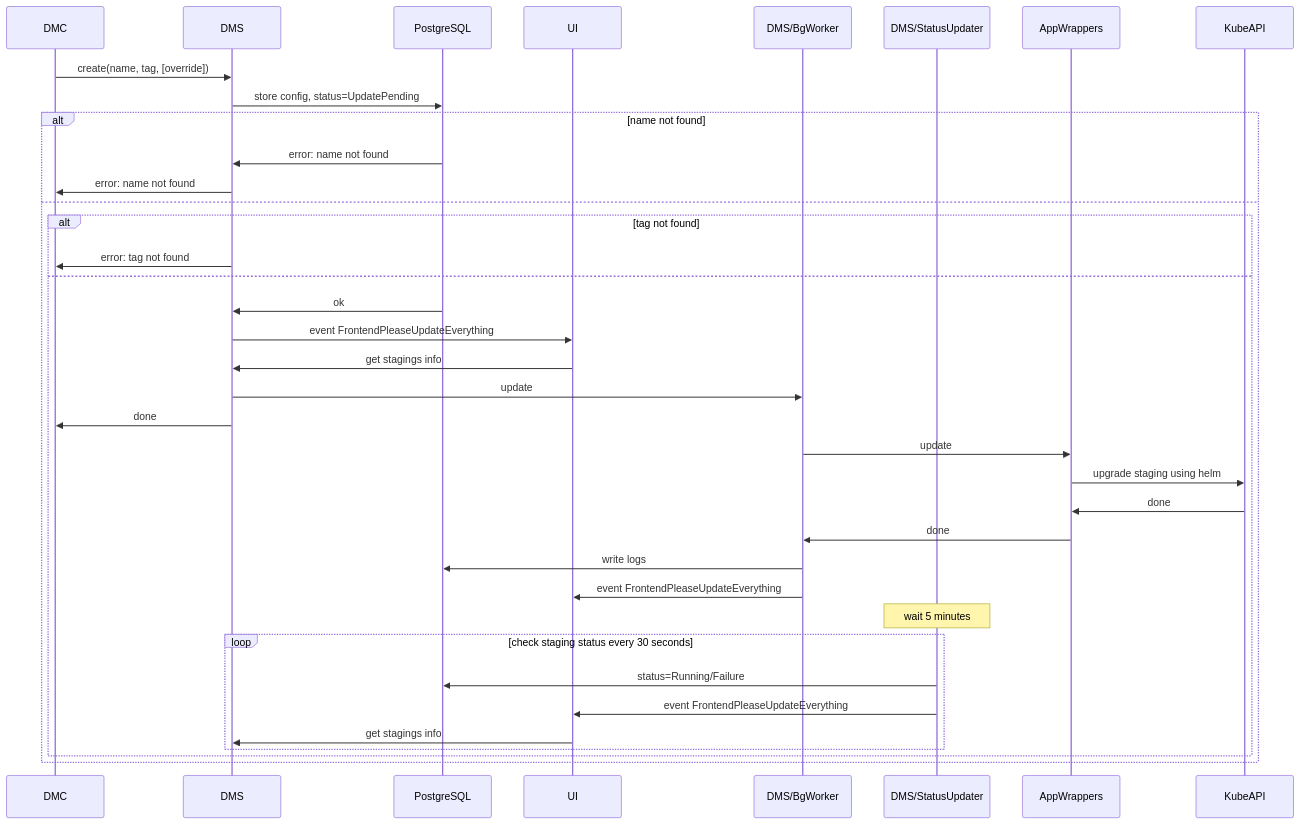
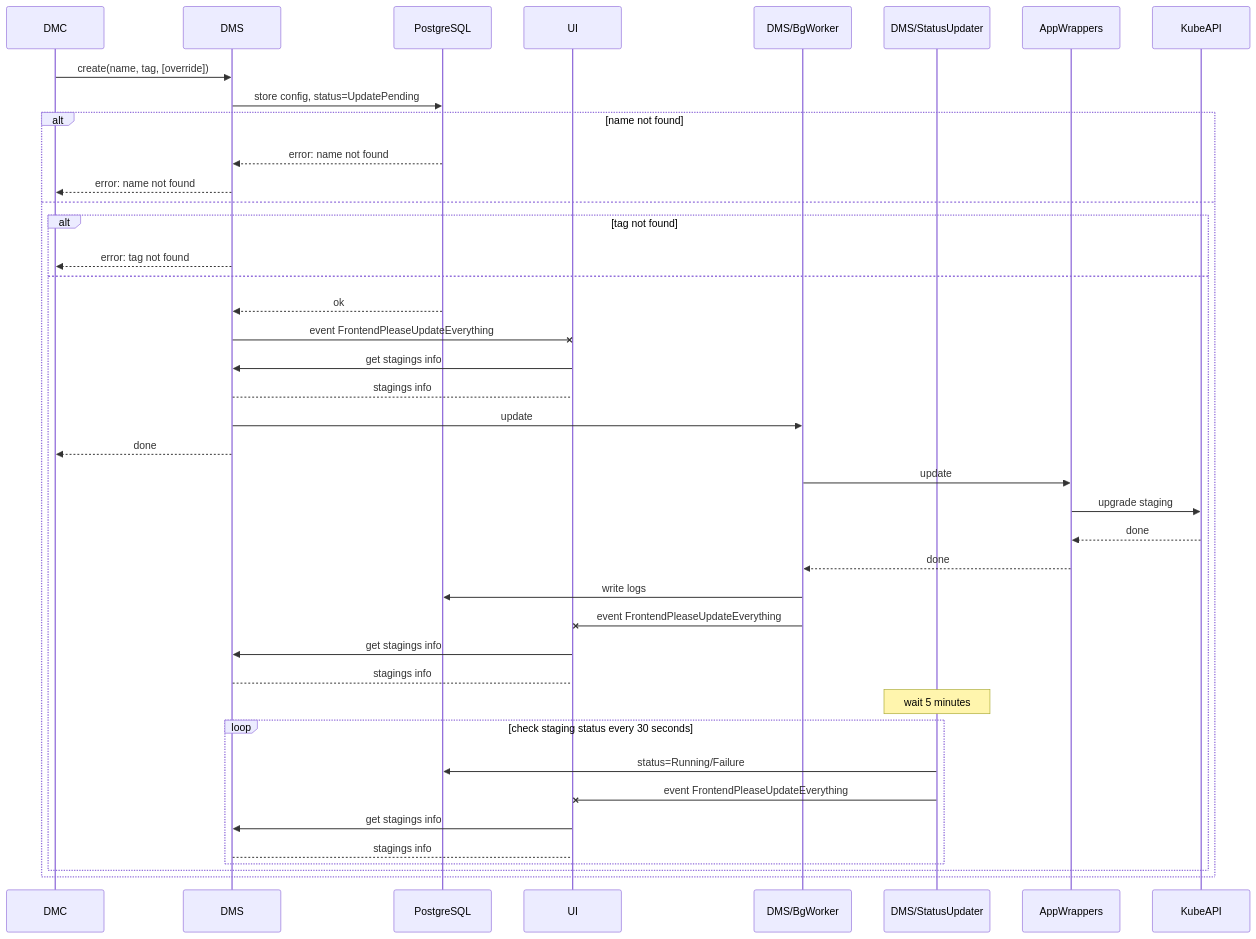
Before and after one commit to typeable/octopod: the diagram in docs/diagrams/src/technical-architecture-update-via-cli.mmd, drawn with Mermaid. The commit also changed 23 other files, not shown here.

Commit message:
add 'Files of app wrappers' section, change arrows style of sequence diagrams

```diff
--- a/docs/diagrams/src/technical-architecture-update-via-cli.mmd
+++ b/docs/diagrams/src/technical-architecture-update-via-cli.mmd
@@ -1,37 +1,41 @@
 sequenceDiagram
     participant DMC
     participant DMS
     participant PostgreSQL
     participant UI
     participant DMS/BgWorker
     participant DMS/StatusUpdater
     participant AppWrappers
     participant KubeAPI
     DMC->>DMS: create(name, tag, [override])
     DMS->>PostgreSQL: store config, status=UpdatePending
     alt name not found
-        PostgreSQL->>DMS: error: name not found
-        DMS->>DMC: error: name not found
+        PostgreSQL-->>DMS: error: name not found
+        DMS-->>DMC: error: name not found
     else
         alt tag not found
-            DMS->>DMC: error: tag not found
+            DMS-->>DMC: error: tag not found
         else
-            PostgreSQL->>DMS: ok
-            DMS->>UI: event FrontendPleaseUpdateEverything
+            PostgreSQL-->>DMS: ok
+            DMS-xUI: event FrontendPleaseUpdateEverything
             UI->>DMS: get stagings info
+            DMS-->UI: stagings info
             DMS->>DMS/BgWorker: update
-            DMS->>DMC: done
+            DMS-->>DMC: done
             DMS/BgWorker->>AppWrappers: update
-            AppWrappers->>KubeAPI: upgrade staging using helm
-            KubeAPI->>AppWrappers: done
-            AppWrappers->>DMS/BgWorker: done
+            AppWrappers->>KubeAPI: upgrade staging
+            KubeAPI-->>AppWrappers: done
+            AppWrappers-->>DMS/BgWorker: done
             DMS/BgWorker->>PostgreSQL: write logs
-            DMS/BgWorker->>UI: event FrontendPleaseUpdateEverything
+            DMS/BgWorker-xUI: event FrontendPleaseUpdateEverything
+            UI->>DMS: get stagings info
+            DMS-->UI: stagings info
             Note over DMS/StatusUpdater: wait 5 minutes
             loop check staging status every 30 seconds
                 DMS/StatusUpdater->>PostgreSQL: status=Running/Failure
-                DMS/StatusUpdater->>UI: event FrontendPleaseUpdateEverything
+                DMS/StatusUpdater-xUI: event FrontendPleaseUpdateEverything
                 UI->>DMS: get stagings info
+                DMS-->UI: stagings info
             end
         end
     end
```
